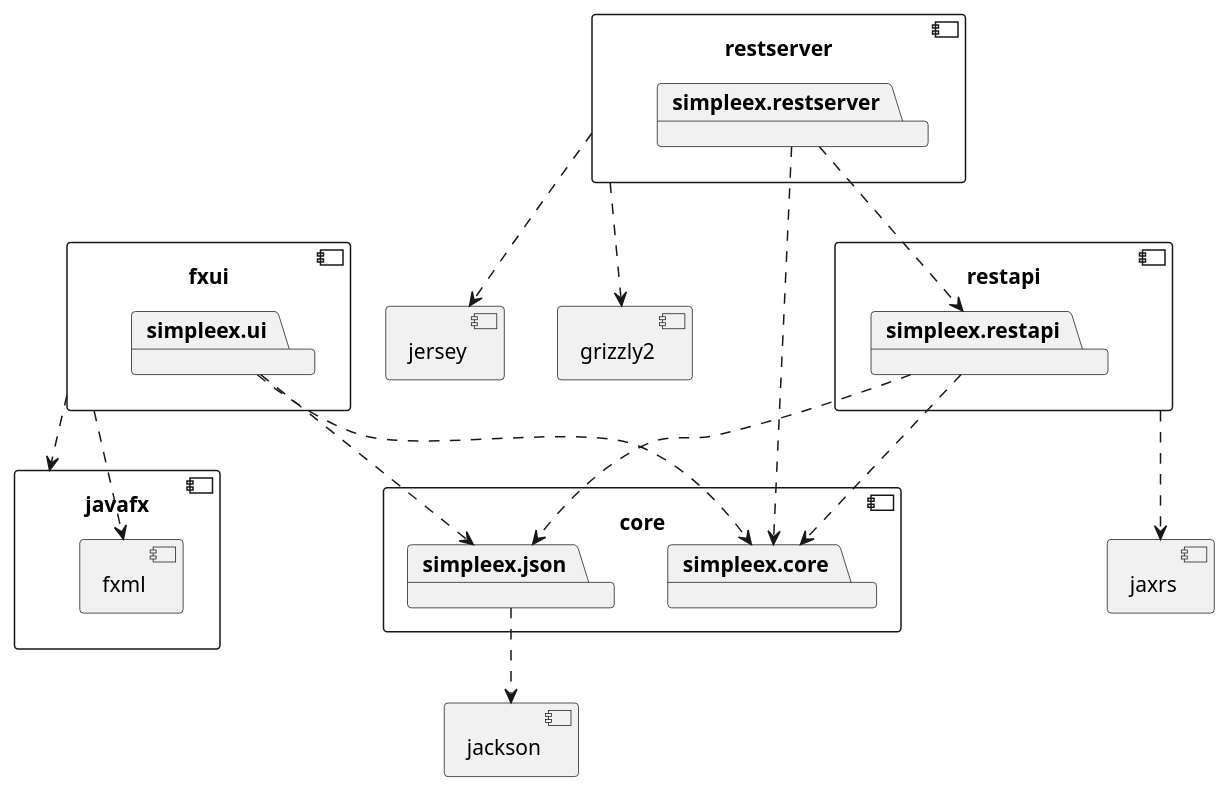
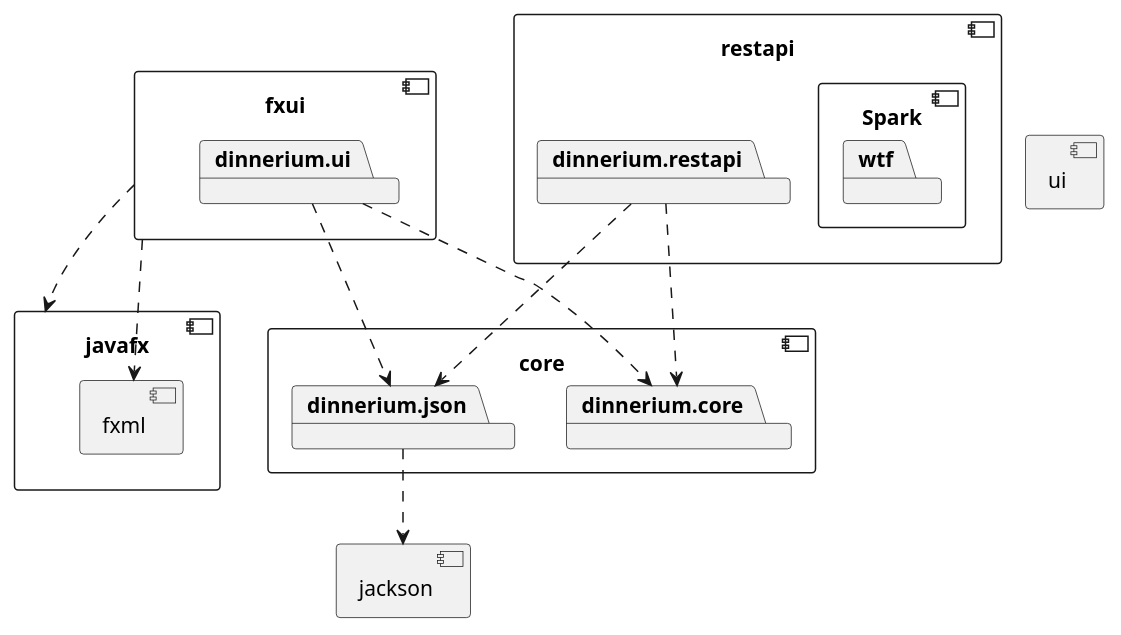
The diagram in documentation/diagrams/package_diagram.puml (joonerik/dinnerium), drawn with PlantUML before and after one commit.

Commit message:
small changes to package diagram

```diff
--- a/documentation/diagrams/package_diagram.puml
+++ b/documentation/diagrams/package_diagram.puml
@@ -1,56 +1,44 @@
 @startuml
 
 component core {
-	package simpleex.core
-	package simpleex.json
+	package dinnerium.core
+	package dinnerium.json
 }
 
 component jackson {
 }
 
-simpleex.json ..> jackson
+dinnerium.json ..> jackson
 
 component fxui {
-	package simpleex.ui
+	package dinnerium.ui
 }
 
-simpleex.ui ..> simpleex.core
-simpleex.ui ..> simpleex.json
+dinnerium.ui ..> dinnerium.core
+dinnerium.ui ..> dinnerium.json
 
 component javafx {
 	component fxml {
 	}
 }
 
 fxui ..> javafx
 fxui ..> fxml
 
 component restapi {
-	package simpleex.restapi
+	component Spark {
+		package wtf
+	}
+	package dinnerium.restapi
 }
 
-simpleex.restapi ..> simpleex.core
-simpleex.restapi ..> simpleex.json
-
-component jaxrs {
+component ui {
+	
 }
 
-restapi ..> jaxrs
 
-component restserver {
-	package simpleex.restserver
-}
+dinnerium.restapi ..> dinnerium.core
+dinnerium.restapi ..> dinnerium.json
 
-simpleex.restserver ..> simpleex.core
-simpleex.restserver ..> simpleex.restapi
-
-component jersey {
-}
-
-component grizzly2 {
-}
-
-restserver ..> jersey
-restserver ..> grizzly2
 
 @enduml
```
